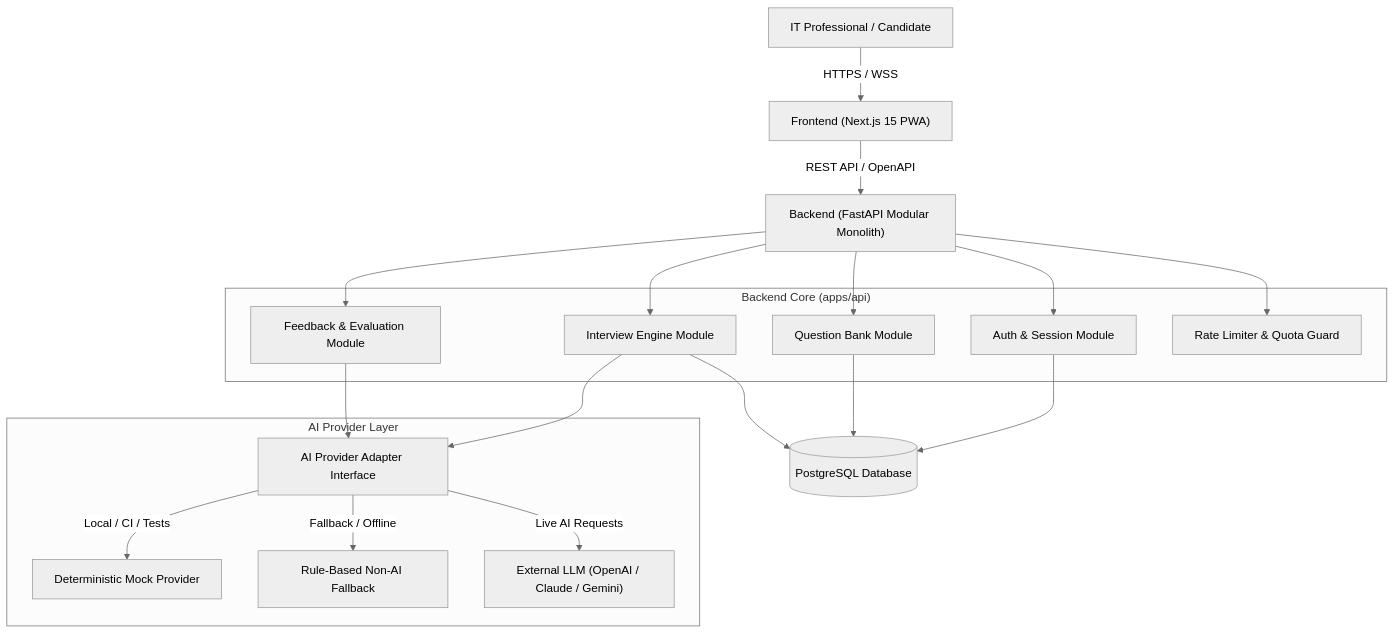
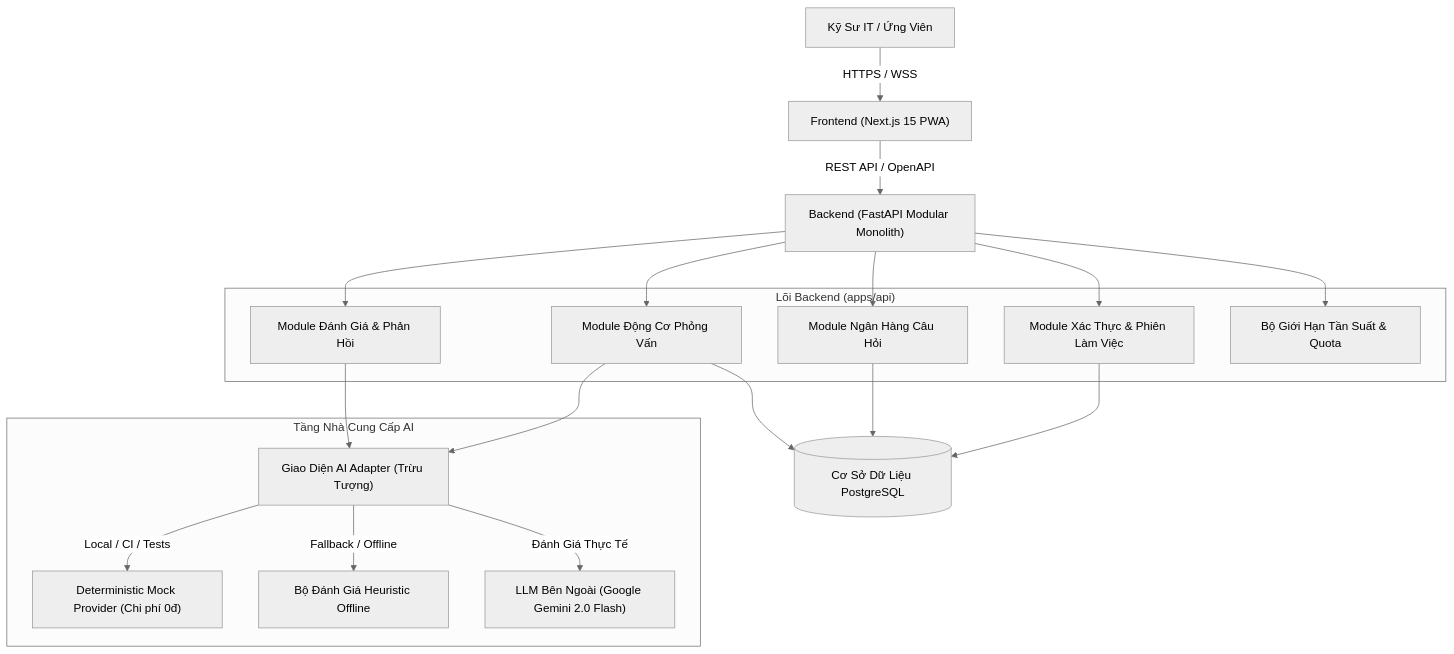
Before and after one commit to nguyenlpn2015/DevSpeak-AI: the first of 3 diagrams in docs/ARCHITECTURE.md, drawn with Mermaid (neutral theme). The commit also changed other lines of this file and 19 other files, not shown here.

````diff
--- a/docs/ARCHITECTURE.md
+++ b/docs/ARCHITECTURE.md
@@ -7,32 +7,32 @@
 ```mermaid
 graph TD
-    User["IT Professional / Candidate"] -->|HTTPS / WSS| Web["Frontend (Next.js 15 PWA)"]
+    User["Kỹ Sư IT / Ứng Viên"] -->|HTTPS / WSS| Web["Frontend (Next.js 15 PWA)"]
     Web -->|REST API / OpenAPI| API["Backend (FastAPI Modular Monolith)"]
     
-    subgraph "Backend Core (apps/api)"
-        AuthMod["Auth & Session Module"]
-        QuestionMod["Question Bank Module"]
-        InterviewMod["Interview Engine Module"]
-        FeedbackMod["Feedback & Evaluation Module"]
-        QuotaMod["Rate Limiter & Quota Guard"]
+    subgraph "Lõi Backend (apps/api)"
+        AuthMod["Module Xác Thực & Phiên Làm Việc"]
+        QuestionMod["Module Ngân Hàng Câu Hỏi"]
+        InterviewMod["Module Động Cơ Phỏng Vấn"]
+        FeedbackMod["Module Đánh Giá & Phản Hồi"]
+        QuotaMod["Bộ Giới Hạn Tần Suất & Quota"]
     end
     
     API --> AuthMod
     API --> QuestionMod
     API --> InterviewMod
     API --> FeedbackMod
     API --> QuotaMod
     
-    InterviewMod --> AIAdapter["AI Provider Adapter Interface"]
+    InterviewMod --> AIAdapter["Giao Diện AI Adapter (Trừu Tượng)"]
     FeedbackMod --> AIAdapter
     
-    subgraph "AI Provider Layer"
-        AIAdapter -->|Local / CI / Tests| MockProvider["Deterministic Mock Provider"]
-        AIAdapter -->|Fallback / Offline| NonAIProvider["Rule-Based Non-AI Fallback"]
-        AIAdapter -->|Live AI Requests| ExternalLLM["External LLM (OpenAI / Claude / Gemini)"]
+    subgraph "Tầng Nhà Cung Cấp AI"
+        AIAdapter -->|Local / CI / Tests| MockProvider["Deterministic Mock Provider (Chi phí 0đ)"]
+        AIAdapter -->|Fallback / Offline| NonAIProvider["Bộ Đánh Giá Heuristic Offline"]
+        AIAdapter -->|Đánh Giá Thực Tế| ExternalLLM["LLM Bên Ngoài (Google Gemini 2.0 Flash)"]
     end
     
-    AuthMod --> DB[(PostgreSQL Database)]
+    AuthMod --> DB[(Cơ Sở Dữ Liệu PostgreSQL)]
     QuestionMod --> DB
     InterviewMod --> DB
 ```
````
